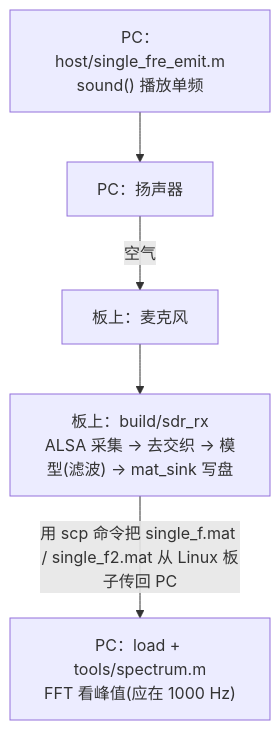
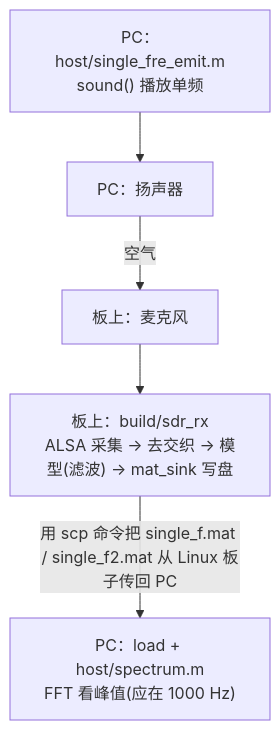
The diagram in documents/实验一_单频信号.md (padhialuo0426/portable-acoustic-sdr), drawn with Mermaid before and after one commit. The commit also changed other lines of this file and 4 other files, not shown here.

````diff
--- a/documents/实验一_单频信号.md
+++ b/documents/实验一_单频信号.md
@@ -10,11 +10,11 @@
 ```mermaid
 flowchart TD
     emit["PC：host/single_fre_emit.m<br/>sound() 播放单频"]
     spk["PC：扬声器"]
     mic["板上：麦克风"]
     rx["板上：build/sdr_rx<br/>ALSA 采集 → 去交织 → 模型(滤波) → mat_sink 写盘"]
-    dec["PC：load + tools/spectrum.m<br/>FFT 看峰值(应在 1000 Hz)"]
+    dec["PC：load + host/spectrum.m<br/>FFT 看峰值(应在 1000 Hz)"]
 
     emit --> spk -->|"空气"| mic --> rx
     rx -->|"用 scp 命令把 single_f.mat / single_f2.mat 从 Linux 板子传回 PC"| dec
 ```
````
